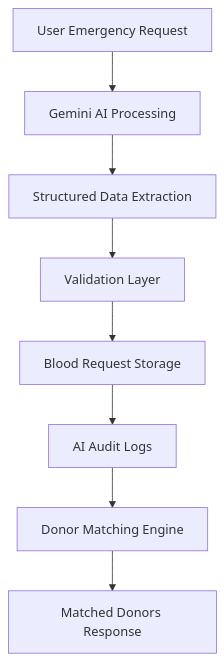
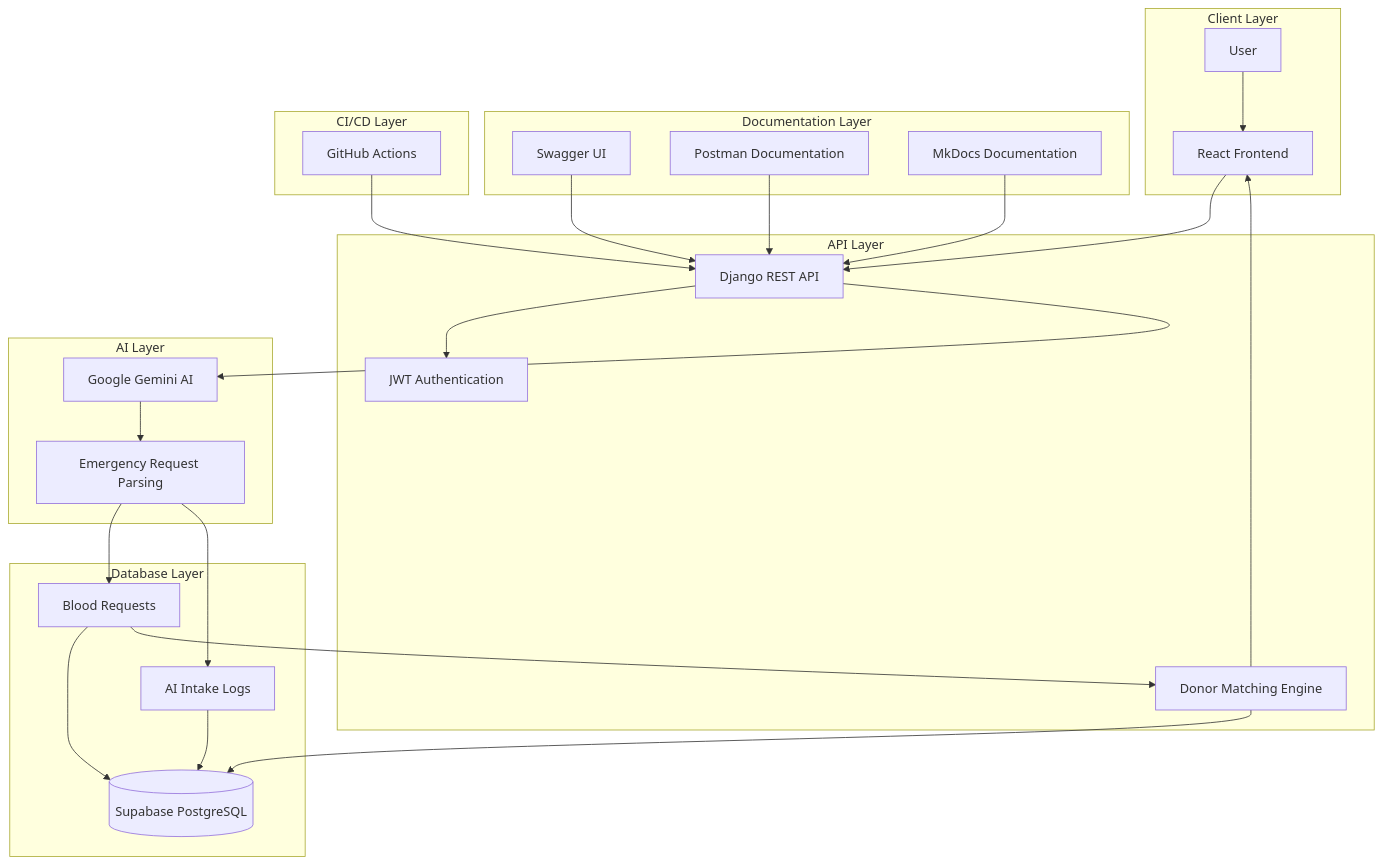
Before and after one commit to fathima-rinsha-k745/LifeLink-AI: the diagram in docs/architecture.md, drawn with Mermaid. The commit also changed other lines of this file, not shown here.

````diff
--- a/docs/architecture.md
+++ b/docs/architecture.md
@@ -3,18 +9,53 @@
 ```mermaid
 flowchart TD
 
-A[User Emergency Request]
---> B[Gemini AI Processing]
+    subgraph Client Layer
+        A[User]
+        B[React Frontend]
+    end
 
-B --> C[Structured Data Extraction]
+    subgraph API Layer
+        C[Django REST API]
+        D[JWT Authentication]
+        K[Donor Matching Engine]
+    end
 
-C --> D[Validation Layer]
+    subgraph AI Layer
+        E[Google Gemini AI]
+        F[Emergency Request Parsing]
+    end
 
-D --> E[Blood Request Storage]
+    subgraph Database Layer
+        G[Blood Requests]
+        H[AI Intake Logs]
+        I[(Supabase PostgreSQL)]
+    end
 
-E --> F[AI Audit Logs]
+    subgraph Documentation Layer
+        J[Swagger UI]
+        L[Postman Documentation]
+        M[MkDocs Documentation]
+    end
 
-F --> G[Donor Matching Engine]
+    subgraph CI/CD Layer
+        N[GitHub Actions]
+    end
 
-G --> H[Matched Donors Response]
+    A --> B
+    B --> C
+    C --> D
+    C --> E
+    E --> F
+    F --> G
+    G --> I
+    F --> H
+    H --> I
+    G --> K
+    K --> I
+    K --> B
+
+    J --> C
+    L --> C
+    M --> C
+    N --> C
 ```
````
